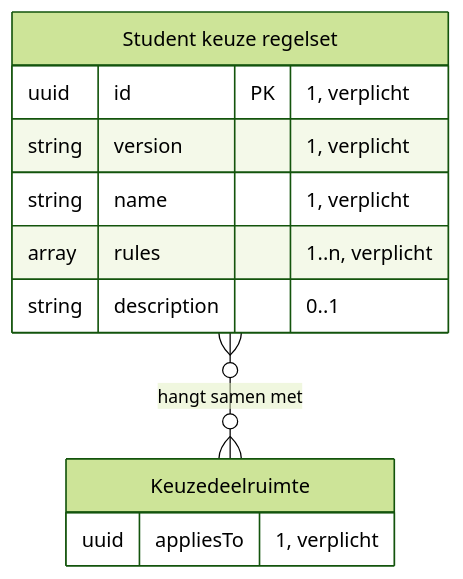
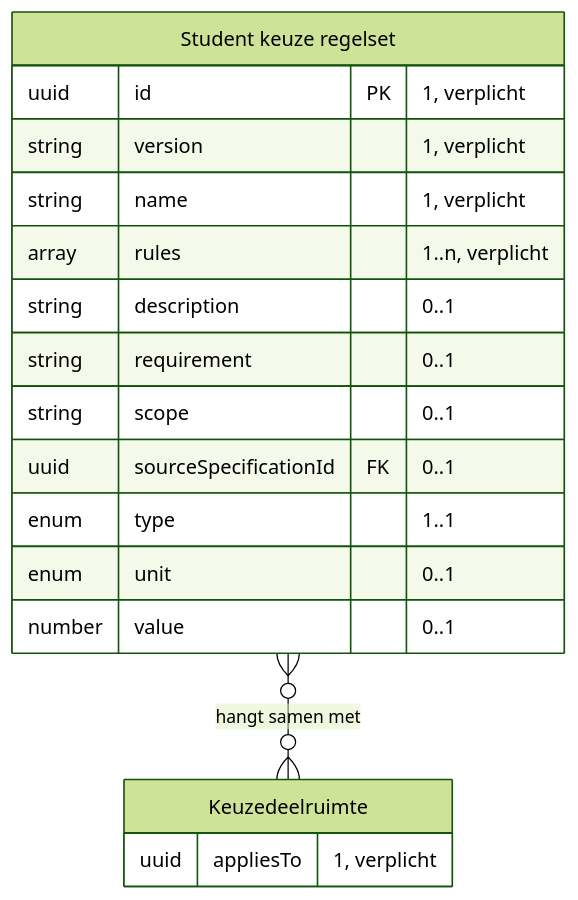
Diagram 11 of 16 in architecture/docs/specificatie/interactie-onderwijsaanbod/is-oa-01.md (Npuls-OKx/meta), drawn with Mermaid (forest theme) before and after one commit. The commit also changed other lines of this file and 33 other files, not shown here.

````diff
--- a/architecture/docs/specificatie/interactie-onderwijsaanbod/is-oa-01.md
+++ b/architecture/docs/specificatie/interactie-onderwijsaanbod/is-oa-01.md
@@ -447,14 +549,20 @@
 ```mermaid
 erDiagram
     "Student keuze regelset" }o--o{ "Keuzedeelruimte" : "hangt samen met"
     "Student keuze regelset" {
         uuid id PK "1, verplicht"
         string version "1, verplicht"
         string name "1, verplicht"
         array rules "1..n, verplicht"
         string description "0..1"
+        string requirement "0..1"
+        string scope "0..1"
+        uuid sourceSpecificationId FK "0..1"
+        enum type "1..1"
+        enum unit "0..1"
+        number value "0..1"
     }
     "Keuzedeelruimte" {
         uuid appliesTo "1, verplicht"
     }
 ```
````
